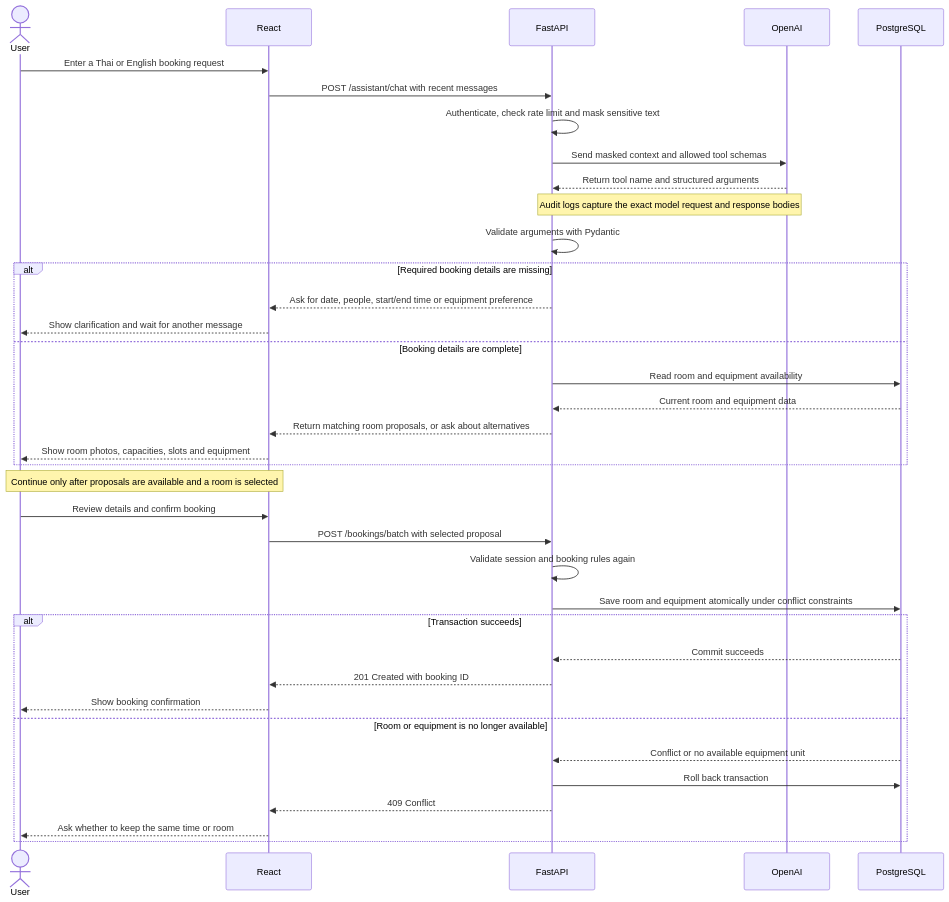
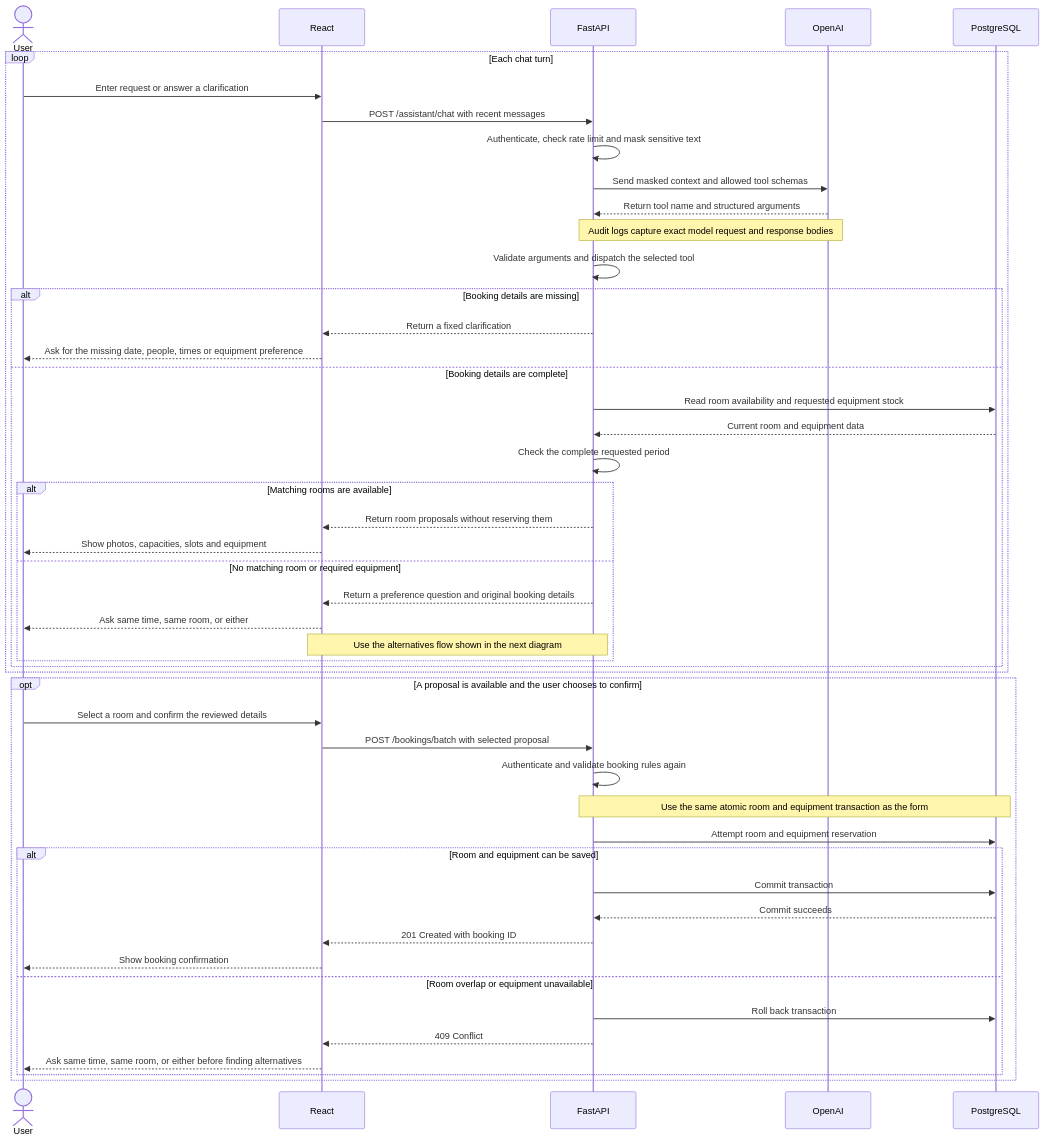
The third of 4 diagrams in README.md (Title-v/Trinity-roots-assignment), drawn with Mermaid before and after one commit. The commit also changed other lines of this file, not shown here.

Commit message:
Clarify booking sequence branches and transaction outcomes

````diff
--- a/README.md
+++ b/README.md
@@ -206,40 +213,51 @@
 ```mermaid
 sequenceDiagram
     actor User
     participant React
     participant FastAPI
     participant OpenAI
     participant PostgreSQL
 
-    User->>React: Enter a Thai or English booking request
-    React->>FastAPI: POST /assistant/chat with recent messages
-    FastAPI->>FastAPI: Authenticate, check rate limit and mask sensitive text
-    FastAPI->>OpenAI: Send masked context and allowed tool schemas
-    OpenAI-->>FastAPI: Return tool name and structured arguments
-    Note over FastAPI,OpenAI: Audit logs capture the exact model request and response bodies
-    FastAPI->>FastAPI: Validate arguments with Pydantic
-    alt Required booking details are missing
-        FastAPI-->>React: Ask for date, people, start/end time or equipment preference
-        React-->>User: Show clarification and wait for another message
-    else Booking details are complete
-        FastAPI->>PostgreSQL: Read room and equipment availability
-        PostgreSQL-->>FastAPI: Current room and equipment data
-        FastAPI-->>React: Return matching room proposals, or ask about alternatives
-        React-->>User: Show room photos, capacities, slots and equipment
+    loop Each chat turn
+        User->>React: Enter request or answer a clarification
+        React->>FastAPI: POST /assistant/chat with recent messages
+        FastAPI->>FastAPI: Authenticate, check rate limit and mask sensitive text
+        FastAPI->>OpenAI: Send masked context and allowed tool schemas
+        OpenAI-->>FastAPI: Return tool name and structured arguments
+        Note over FastAPI,OpenAI: Audit logs capture exact model request and response bodies
+        FastAPI->>FastAPI: Validate arguments and dispatch the selected tool
+        alt Booking details are missing
+            FastAPI-->>React: Return a fixed clarification
+            React-->>User: Ask for the missing date, people, times or equipment preference
+        else Booking details are complete
+            FastAPI->>PostgreSQL: Read room availability and requested equipment stock
+            PostgreSQL-->>FastAPI: Current room and equipment data
+            FastAPI->>FastAPI: Check the complete requested period
+            alt Matching rooms are available
+                FastAPI-->>React: Return room proposals without reserving them
+                React-->>User: Show photos, capacities, slots and equipment
+            else No matching room or required equipment
+                FastAPI-->>React: Return a preference question and original booking details
+                React-->>User: Ask same time, same room, or either
+                Note over React,FastAPI: Use the alternatives flow shown in the next diagram
+            end
+        end
     end
-    Note over User,React: Continue only after proposals are available and a room is selected
-    User->>React: Review details and confirm booking
-    React->>FastAPI: POST /bookings/batch with selected proposal
-    FastAPI->>FastAPI: Validate session and booking rules again
-    FastAPI->>PostgreSQL: Save room and equipment atomically under conflict constraints
-    alt Transaction succeeds
-        PostgreSQL-->>FastAPI: Commit succeeds
-        FastAPI-->>React: 201 Created with booking ID
-        React-->>User: Show booking confirmation
-    else Room or equipment is no longer available
-        PostgreSQL-->>FastAPI: Conflict or no available equipment unit
-        FastAPI->>PostgreSQL: Roll back transaction
-        FastAPI-->>React: 409 Conflict
-        React-->>User: Ask whether to keep the same time or room
+    opt A proposal is available and the user chooses to confirm
+        User->>React: Select a room and confirm the reviewed details
+        React->>FastAPI: POST /bookings/batch with selected proposal
+        FastAPI->>FastAPI: Authenticate and validate booking rules again
+        Note over FastAPI,PostgreSQL: Use the same atomic room and equipment transaction as the form
+        FastAPI->>PostgreSQL: Attempt room and equipment reservation
+        alt Room and equipment can be saved
+            FastAPI->>PostgreSQL: Commit transaction
+            PostgreSQL-->>FastAPI: Commit succeeds
+            FastAPI-->>React: 201 Created with booking ID
+            React-->>User: Show booking confirmation
+        else Room overlap or equipment unavailable
+            FastAPI->>PostgreSQL: Roll back transaction
+            FastAPI-->>React: 409 Conflict
+            React-->>User: Ask same time, same room, or either before finding alternatives
+        end
     end
 ```
````
